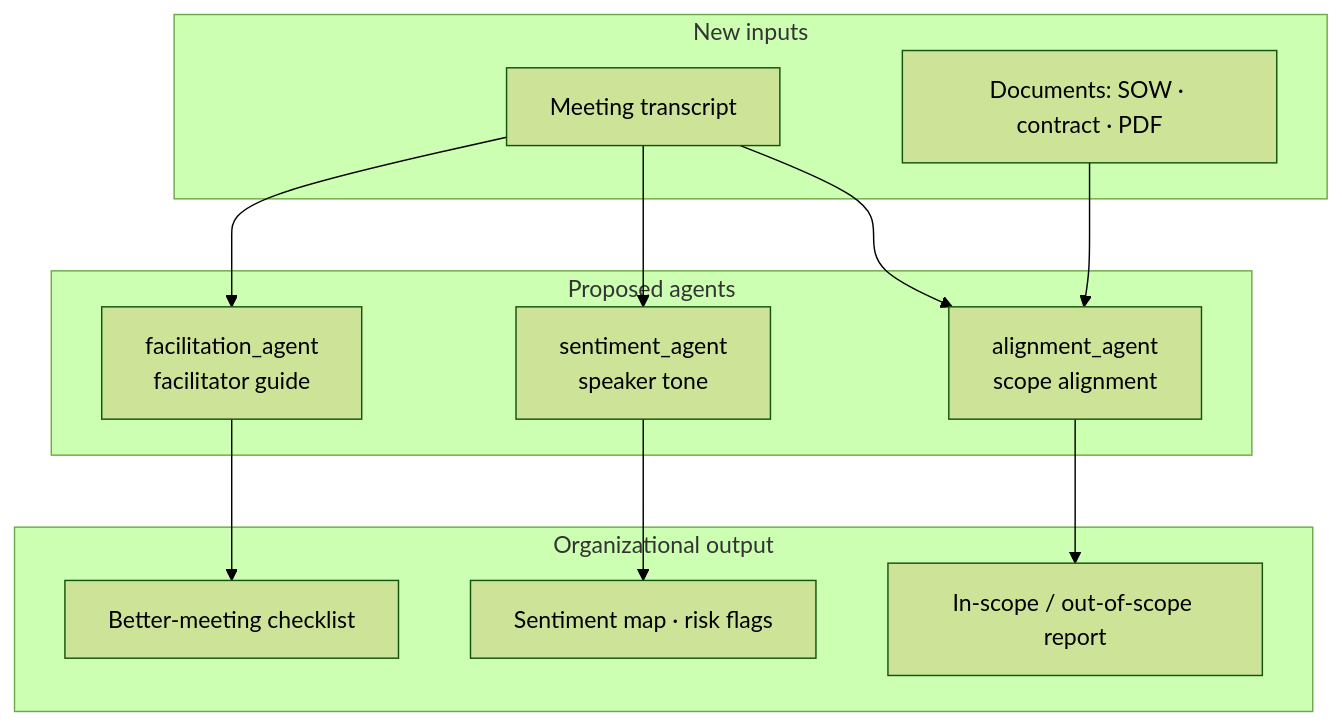
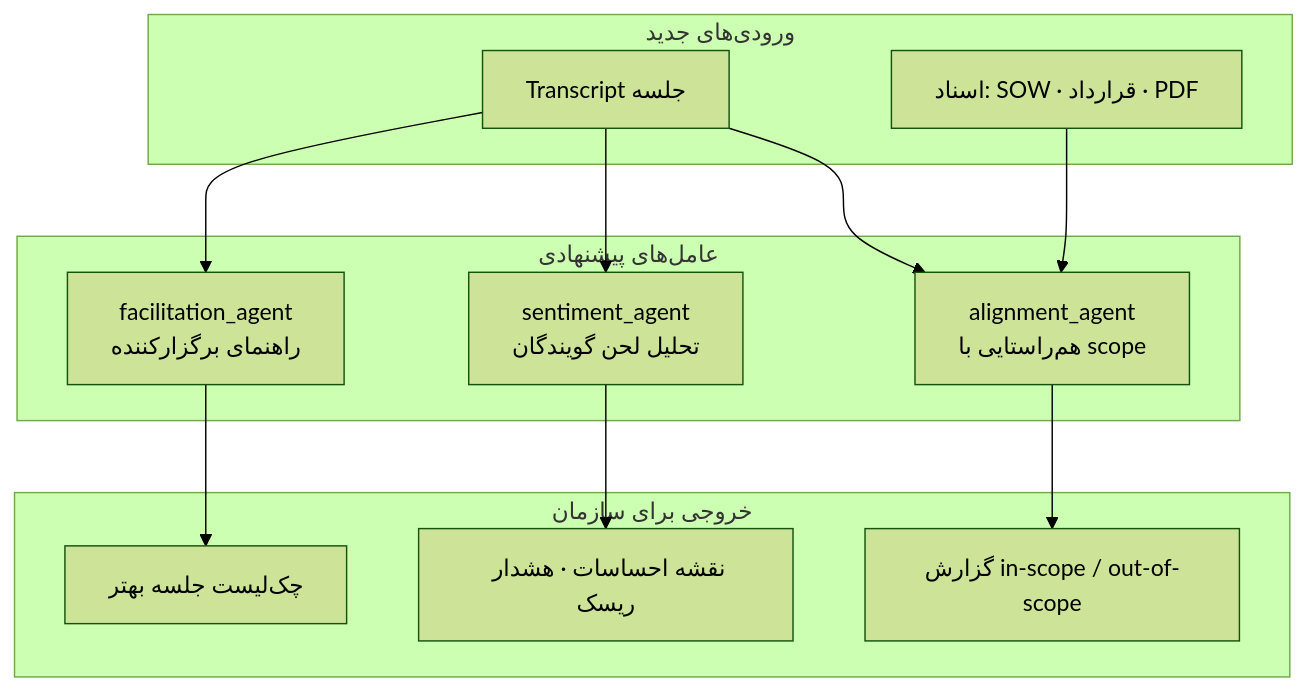
One commit to Rvin-zh/meeting-assistant changed the diagram in docs/diagrams/03-roadmap-and-future-work-2.mmd. Above: the diagram before and after it, drawn with Mermaid (forest theme). The commit also changed 35 other files, not shown here.

```diff
--- a/docs/diagrams/03-roadmap-and-future-work-2.mmd
+++ b/docs/diagrams/03-roadmap-and-future-work-2.mmd
@@ -1,21 +1,21 @@
 flowchart TB
-    subgraph input ["New inputs"]
-        T["Meeting transcript"]
-        D["Documents: SOW · contract · PDF"]
+    subgraph input ["ورودی‌های جدید"]
+        T["Transcript جلسه"]
+        D["اسناد: SOW · قرارداد · PDF"]
     end
-    subgraph agents ["Proposed agents"]
-        F["facilitation_agent<br/>facilitator guide"]
-        A["alignment_agent<br/>scope alignment"]
-        S["sentiment_agent<br/>speaker tone"]
+    subgraph agents ["عامل‌های پیشنهادی"]
+        F["facilitation_agent<br/>راهنمای برگزارکننده"]
+        A["alignment_agent<br/>هم‌راستایی با scope"]
+        S["sentiment_agent<br/>تحلیل لحن گویندگان"]
     end
-    subgraph output ["Organizational output"]
-        G["Better-meeting checklist"]
-        R["In-scope / out-of-scope report"]
-        M["Sentiment map · risk flags"]
+    subgraph output ["خروجی برای سازمان"]
+        G["چک‌لیست جلسه بهتر"]
+        R["گزارش in-scope / out-of-scope"]
+        M["نقشه احساسات · هشدار ریسک"]
     end
     T --> F & S
     T --> A
     D --> A
     F --> G
     A --> R
     S --> M
```
